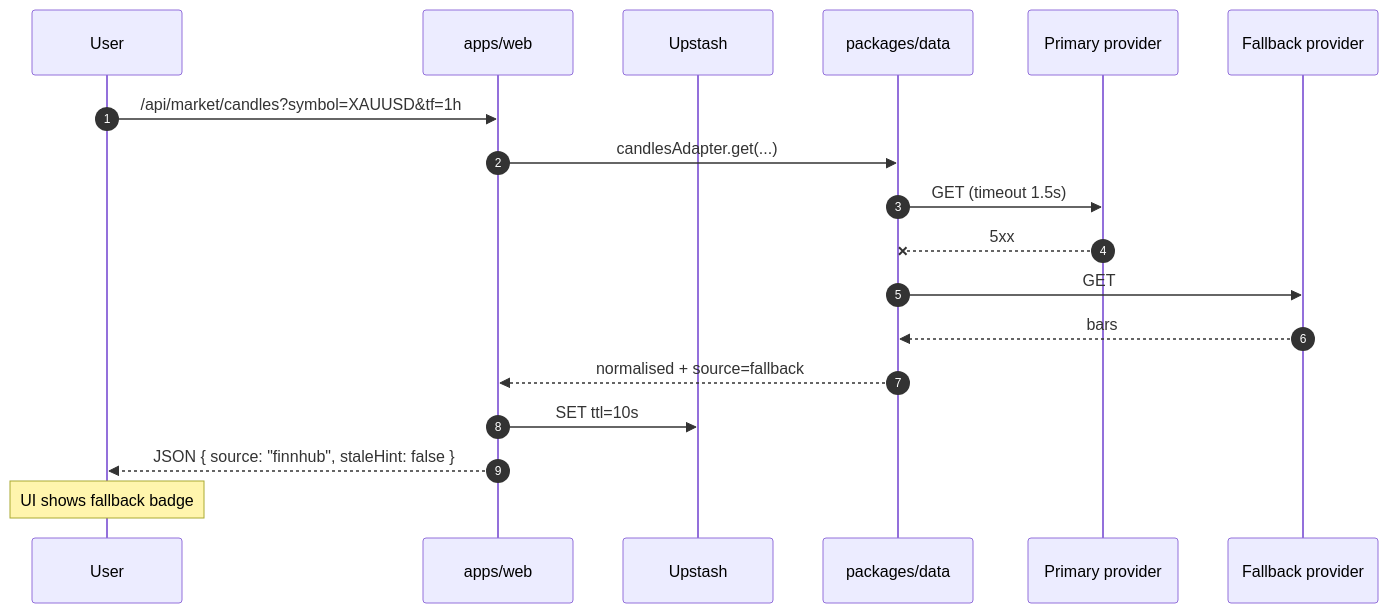
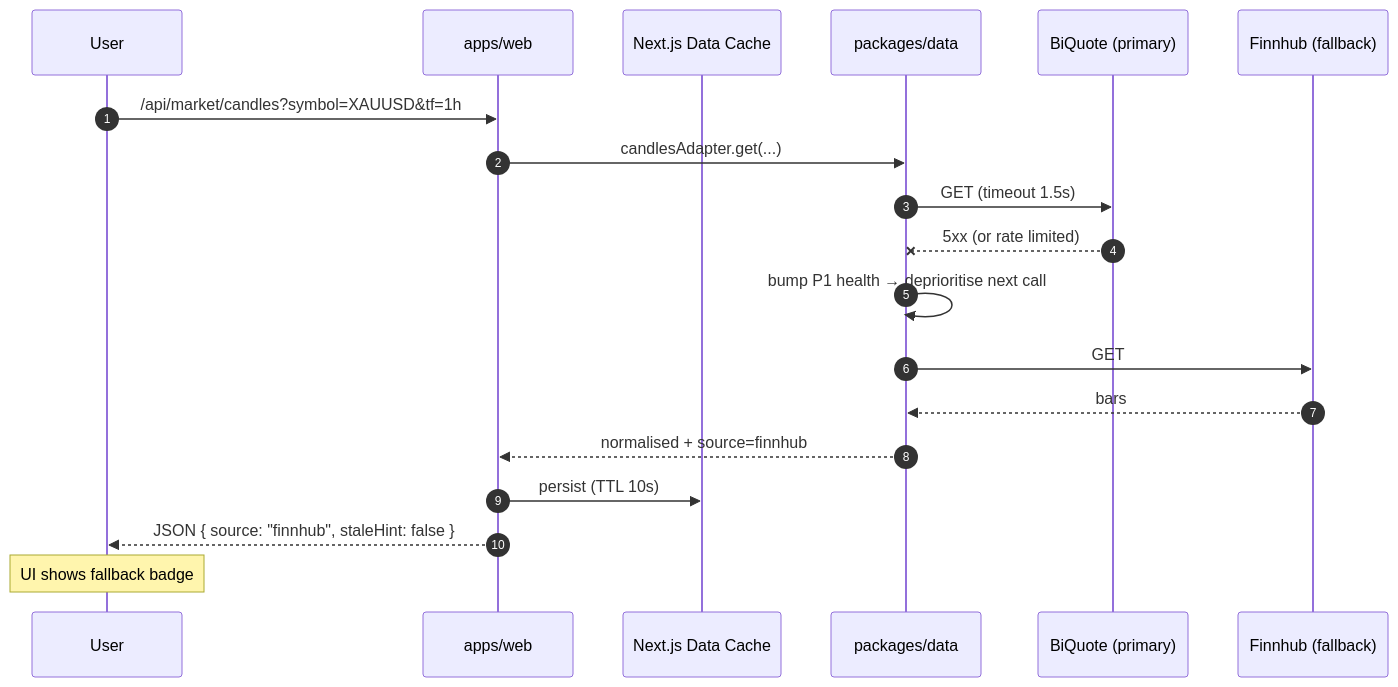
Diagram 11 of 11 in docs/13-data-flow.md (HamaFx/Kestrel), drawn with Mermaid before and after one commit. The commit also changed other lines of this file and 16 other files, not shown here.

````diff
--- a/docs/13-data-flow.md
+++ b/docs/13-data-flow.md
@@ -252,21 +293,22 @@
 ```mermaid
 sequenceDiagram
     autonumber
     participant U as User
     participant W as apps/web
-    participant R as Upstash
+    participant C as Next.js Data Cache
     participant DA as packages/data
-    participant P1 as Primary provider
-    participant P2 as Fallback provider
+    participant P1 as BiQuote (primary)
+    participant P2 as Finnhub (fallback)
 
     U->>W: /api/market/candles?symbol=XAUUSD&tf=1h
     W->>DA: candlesAdapter.get(...)
     DA->>P1: GET (timeout 1.5s)
-    P1--xDA: 5xx
+    P1--xDA: 5xx (or rate limited)
+    DA->>DA: bump P1 health → deprioritise next call
     DA->>P2: GET
     P2-->>DA: bars
-    DA-->>W: normalised + source=fallback
-    W->>R: SET ttl=10s
+    DA-->>W: normalised + source=finnhub
+    W->>C: persist (TTL 10s)
     W-->>U: JSON { source: "finnhub", staleHint: false }
     Note over U: UI shows fallback badge
 ```
````
